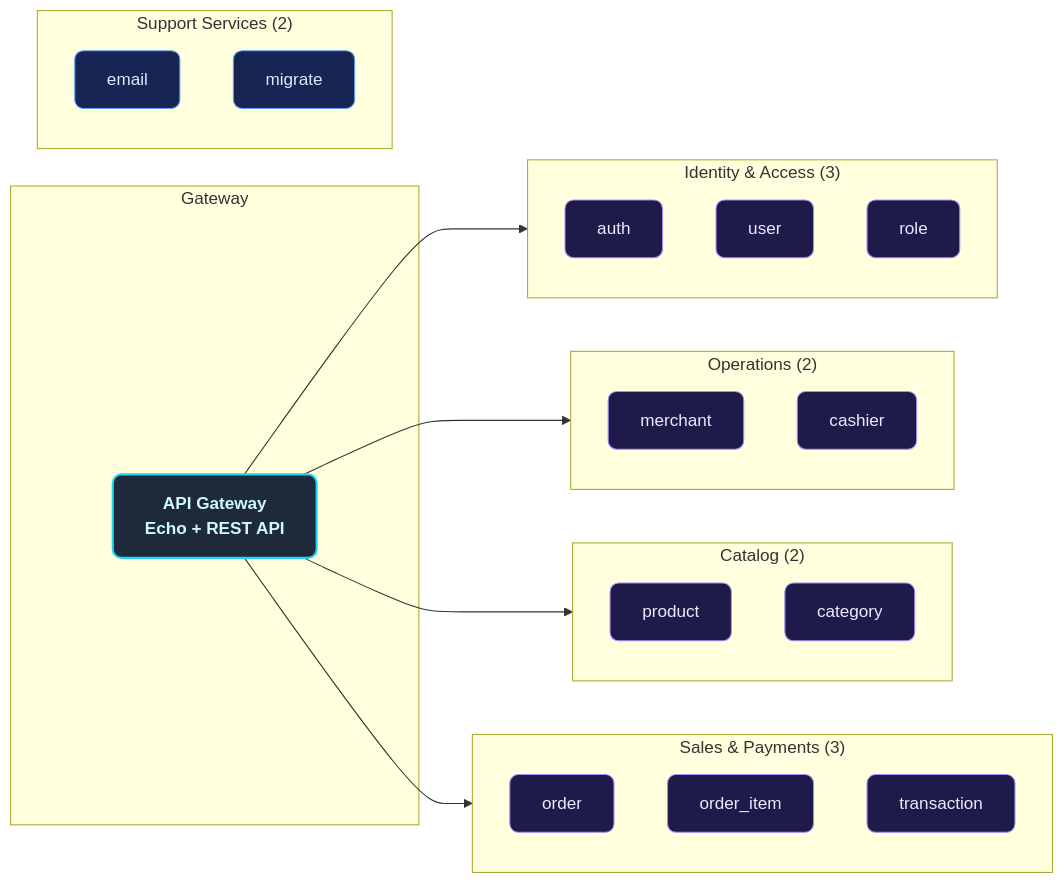
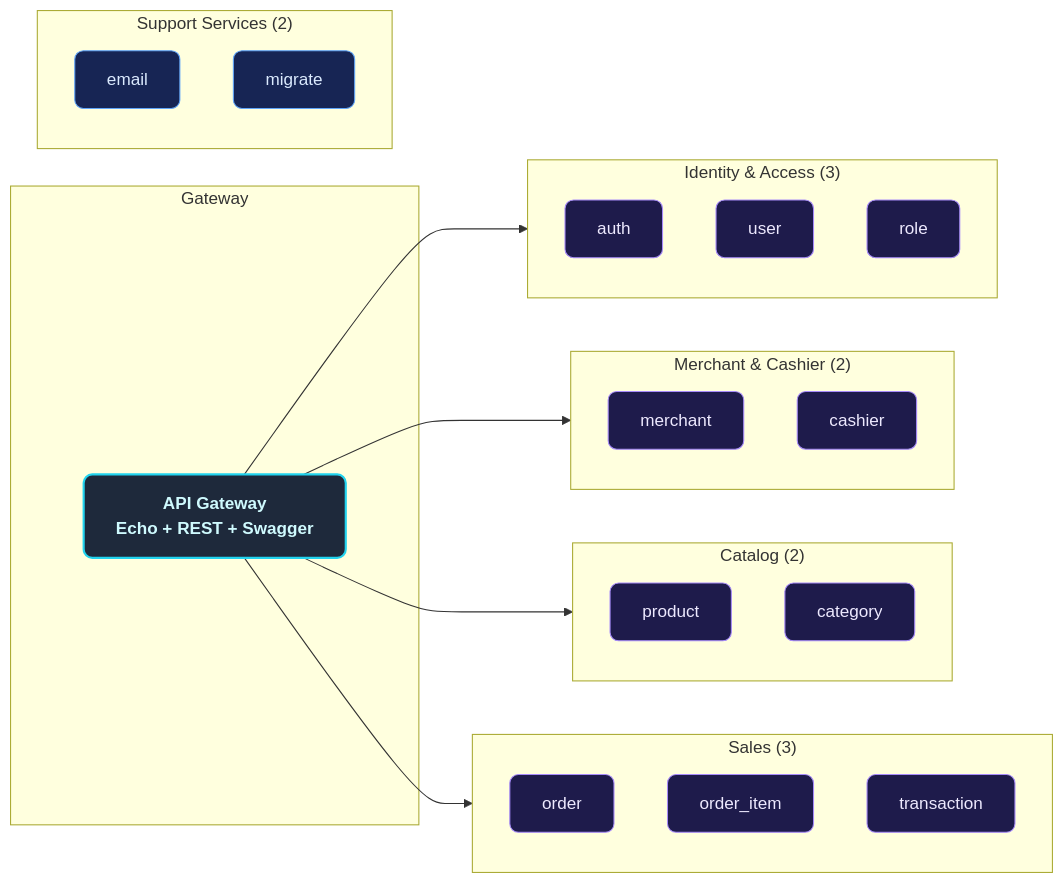
One commit to MamangRust/monolith-pointofsale-grpc changed the second of 8 diagrams in README.md. Above: the diagram before and after it, drawn with Mermaid. The commit also changed other lines of this file and 1046 other files, not shown here.

Commit message:
refactor: reorganize service architectures, update Kubernetes deployments, and optimize shared utility structures.

````diff
--- a/README.md
+++ b/README.md
@@ -139,42 +135,42 @@
 ```mermaid
 graph LR
     classDef svc fill:#1e1b4b,stroke:#a78bfa,color:#ede9fe,stroke-width:1px,rx:8
     classDef gw fill:#1e293b,stroke:#22d3ee,color:#cffafe,stroke-width:2px,rx:8,font-weight:bold
     classDef support fill:#172554,stroke:#60a5fa,color:#dbeafe,stroke-width:1px,rx:8
 
     subgraph Gateway
-        API["API Gateway<br/>Echo + REST API"]:::gw
+        API["API Gateway<br/>Echo + REST + Swagger"]:::gw
     end
 
     subgraph Identity["Identity & Access (3)"]
         A1["auth"]:::svc
         A2["user"]:::svc
         A3["role"]:::svc
     end
 
-    subgraph Operations["Operations (2)"]
-        O1["merchant"]:::svc
-        O2["cashier"]:::svc
+    subgraph Merchant["Merchant & Cashier (2)"]
+        M1["merchant"]:::svc
+        M2["cashier"]:::svc
     end
 
     subgraph Catalog["Catalog (2)"]
         C1["product"]:::svc
         C2["category"]:::svc
     end
 
-    subgraph Sales["Sales & Payments (3)"]
-        S1["order"]:::svc
-        S2["order_item"]:::svc
-        S3["transaction"]:::svc
+    subgraph Sales["Sales (3)"]
+        O1["order"]:::svc
+        O2["order_item"]:::svc
+        O3["transaction"]:::svc
     end
 
     subgraph Support["Support Services (2)"]
-        SU1["email"]:::support
-        SU2["migrate"]:::support
+        S1["email"]:::support
+        S2["migrate"]:::support
     end
 
     API --> Identity
-    API --> Operations
+    API --> Merchant
     API --> Catalog
     API --> Sales
 ```
````
